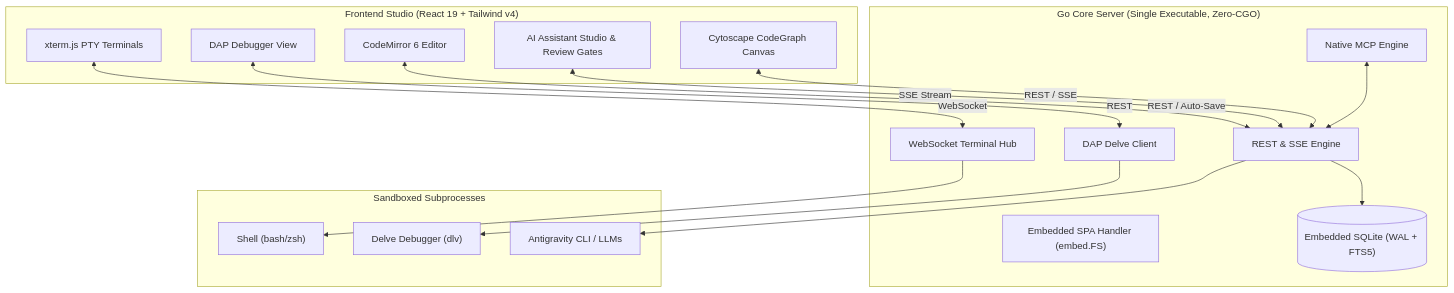
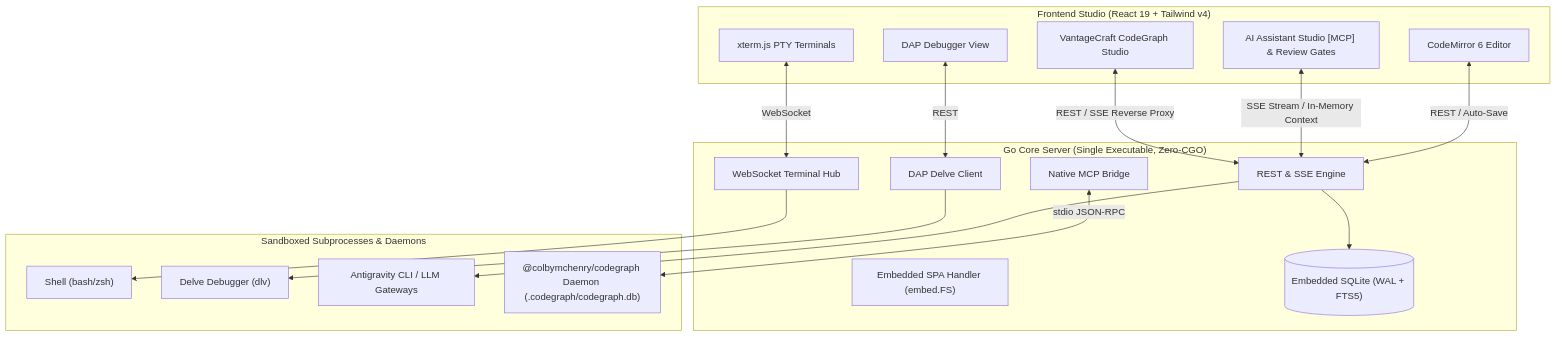
One commit to aditlab-code/AegisCode changed the second of 2 diagrams in README.md. Above: the diagram before and after it, drawn with Mermaid. The commit also changed other lines of this file and 17 other files, not shown here.

First line of the commit message:
feat: integrate CodeGraph MCP in AI Drawer, add in-memory context injection, and align documentation

````diff
--- a/README.md
+++ b/README.md
@@ -76,37 +77,38 @@
 ```mermaid
 flowchart TD
     subgraph UI ["Frontend Studio (React 19 + Tailwind v4)"]
         Editor["CodeMirror 6 Editor"]
-        Chat["AI Assistant Studio & Review Gates"]
+        Chat["AI Assistant Studio [MCP] & Review Gates"]
         Terminal["xterm.js PTY Terminals"]
         DebugUI["DAP Debugger View"]
-        GraphUI["Cytoscape CodeGraph Canvas"]
+        GraphUI["VantageCraft CodeGraph Studio"]
     end
 
     subgraph Core ["Go Core Server (Single Executable, Zero-CGO)"]
         SPA["Embedded SPA Handler (embed.FS)"]
         API["REST & SSE Engine"]
         WS["WebSocket Terminal Hub"]
         DAP["DAP Delve Client"]
-        MCP["Native MCP Engine"]
+        MCP["Native MCP Bridge"]
         DB[("Embedded SQLite (WAL + FTS5)")]
     end
 
-    subgraph Subprocesses ["Sandboxed Subprocesses"]
+    subgraph Subprocesses ["Sandboxed Subprocesses & Daemons"]
         PTY["Shell (bash/zsh)"]
         DLV["Delve Debugger (dlv)"]
-        AI["Antigravity CLI / LLMs"]
+        AI["Antigravity CLI / LLM Gateways"]
+        CGDaemon["@colbymchenry/codegraph Daemon (.codegraph/codegraph.db)"]
     end
 
     Editor <-->|REST / Auto-Save| API
-    Chat <-->|SSE Stream| API
+    Chat <-->|SSE Stream / In-Memory Context| API
     Terminal <-->|WebSocket| WS
     DebugUI <-->|REST| DAP
-    GraphUI <-->|REST / SSE| API
+    GraphUI <-->|REST / SSE Reverse Proxy| API
     
     API --> DB
     WS --> PTY
     DAP --> DLV
     API --> AI
-    MCP <--> API
+    MCP <-->|stdio JSON-RPC| CGDaemon
 ```
````
